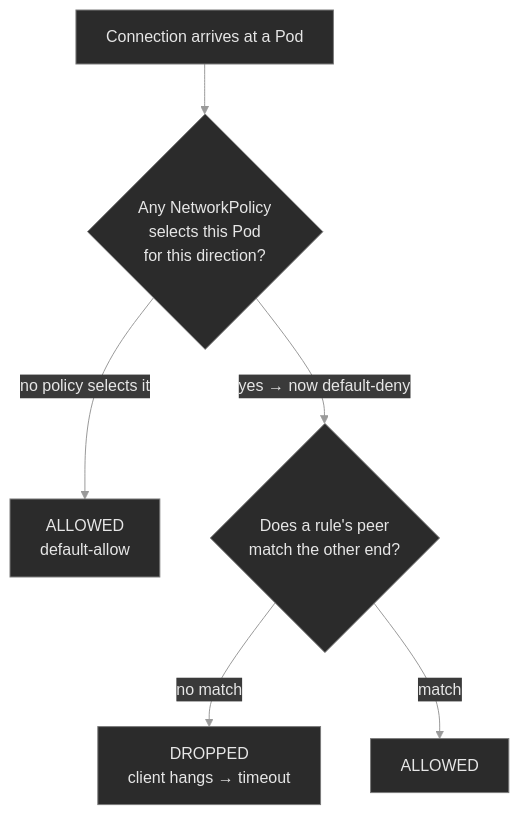
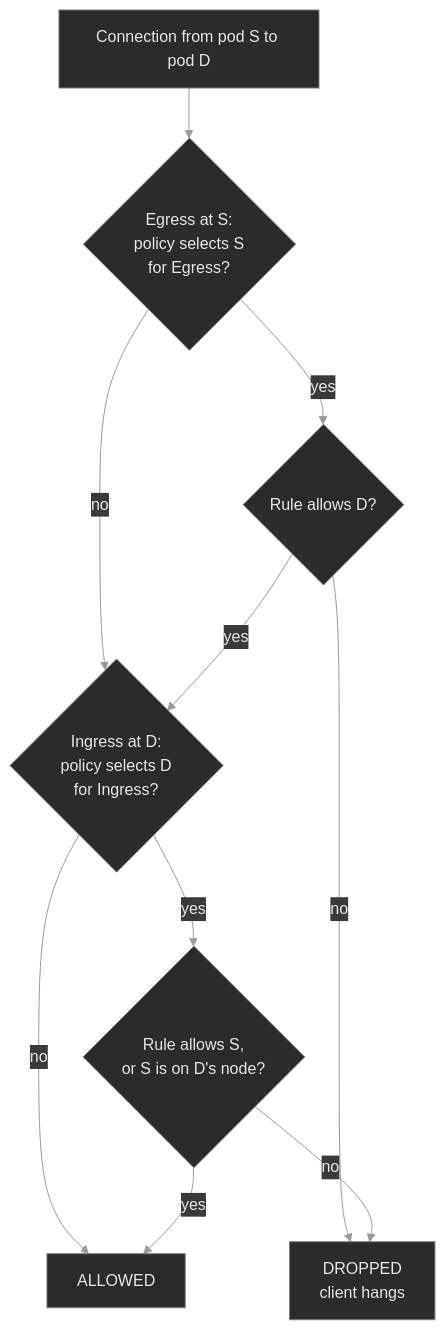
Before and after one commit to debozkurt/killercoda-k8s: the diagram in m14-networking-policy-ingress/LESSON.md, drawn with Mermaid. The commit also changed other lines of this file and 49 other files, not shown here.

````diff
--- a/m14-networking-policy-ingress/LESSON.md
+++ b/m14-networking-policy-ingress/LESSON.md
@@ -51,14 +56,18 @@
 ```mermaid
 %%{init: {'theme':'base', 'themeVariables': {
   'primaryColor':'#2b2b2b', 'primaryTextColor':'#e6e6e6',
   'primaryBorderColor':'#7a7a7a', 'lineColor':'#9a9a9a',
   'secondaryColor':'#3a3a3a', 'tertiaryColor':'#1f1f1f',
   'background':'#0f0f0f'
 }}}%%
 flowchart TD
-    A[Connection arrives at a Pod] --> B{Any NetworkPolicy<br/>selects this Pod<br/>for this direction?}
-    B -->|no policy selects it| ALLOW1[ALLOWED<br/>default-allow]
-    B -->|yes → now default-deny| C{Does a rule's peer<br/>match the other end?}
-    C -->|no match| DROP[DROPPED<br/>client hangs → timeout]
-    C -->|match| ALLOW2[ALLOWED]
+    A[Connection from pod S to pod D] --> B{Egress at S:<br/>policy selects S<br/>for Egress?}
+    B -->|no| C
+    B -->|yes| B2{Rule allows D?}
+    B2 -->|no| DROP[DROPPED<br/>client hangs]
+    B2 -->|yes| C{Ingress at D:<br/>policy selects D<br/>for Ingress?}
+    C -->|no| OK[ALLOWED]
+    C -->|yes| C2{Rule allows S,<br/>or S is on D's node?}
+    C2 -->|no| DROP
+    C2 -->|yes| OK
 ```
````
